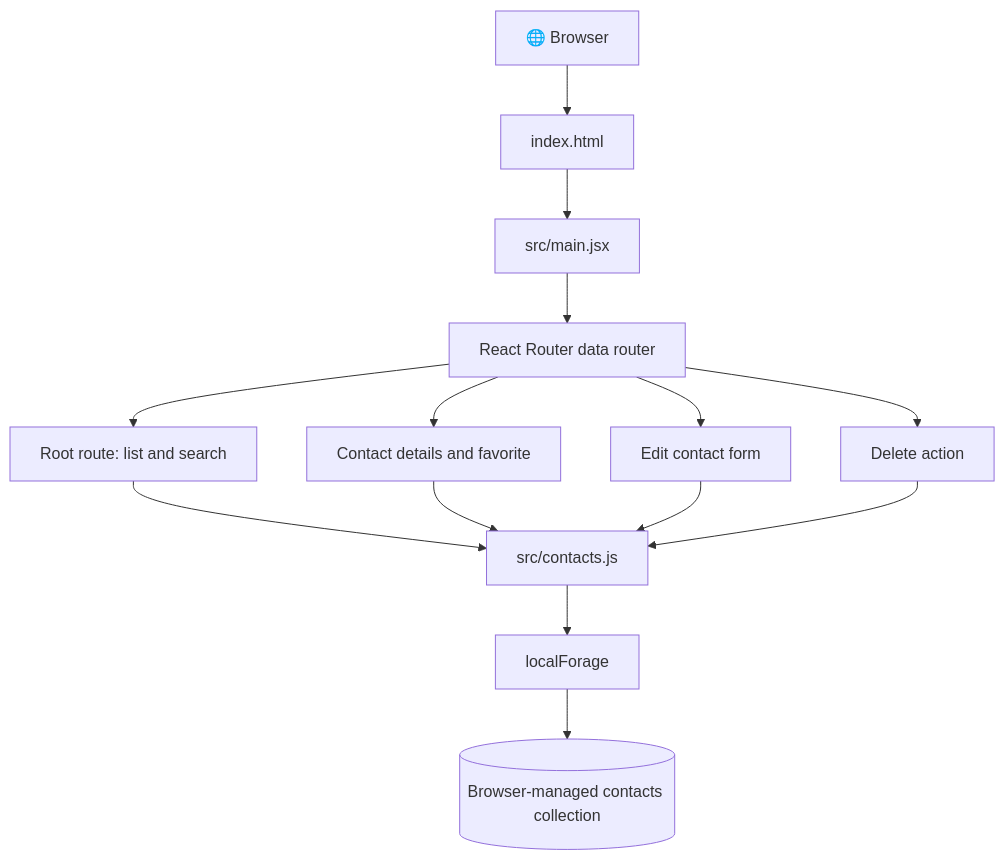
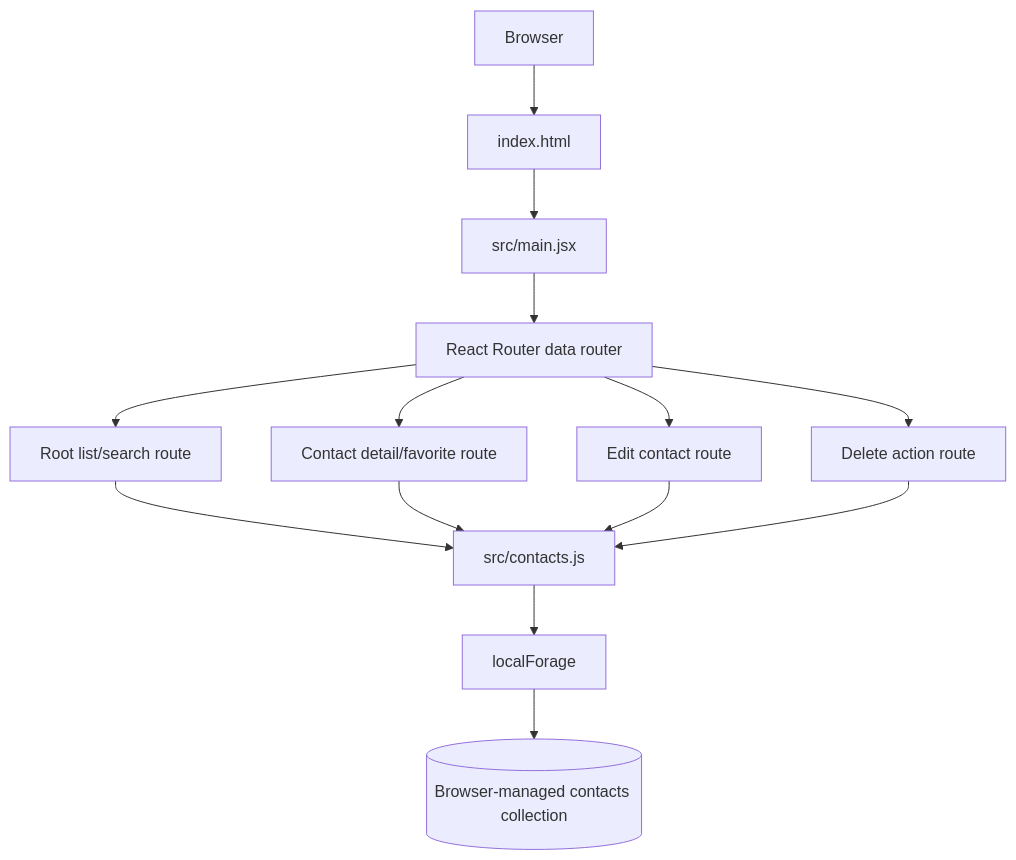
The diagram in README.md (Brajesh31/Contact-Display), drawn with Mermaid before and after one commit. The commit also changed other lines of this file, not shown here.

Commit message:
docs: expand project README with architecture and usage

````diff
--- a/README.md
+++ b/README.md
@@ -80,25 +69,16 @@
 ```mermaid
 flowchart TD
-    Browser["🌐 Browser"]
-    HTML["index.html"]
-    Entry["src/main.jsx"]
-    Router["React Router data router"]
-    Root["Root route: list and search"]
-    Detail["Contact details and favorite"]
-    Edit["Edit contact form"]
-    Delete["Delete action"]
-    Data["src/contacts.js"]
-    Store["localForage"]
-    Persist[("Browser-managed contacts collection")]
-
-    Browser --> HTML --> Entry --> Router
-    Router --> Root
-    Router --> Detail
-    Router --> Edit
-    Router --> Delete
-    Root --> Data
-    Detail --> Data
-    Edit --> Data
-    Delete --> Data
-    Data --> Store --> Persist
+  Browser["Browser"] --> HTML["index.html"]
+  HTML --> Entry["src/main.jsx"]
+  Entry --> Router["React Router data router"]
+  Router --> Root["Root list/search route"]
+  Router --> Detail["Contact detail/favorite route"]
+  Router --> Edit["Edit contact route"]
+  Router --> Delete["Delete action route"]
+  Root --> Helpers["src/contacts.js"]
+  Detail --> Helpers
+  Edit --> Helpers
+  Delete --> Helpers
+  Helpers --> LocalForage["localForage"]
+  LocalForage --> Storage[("Browser-managed contacts collection")]
 ```
````
